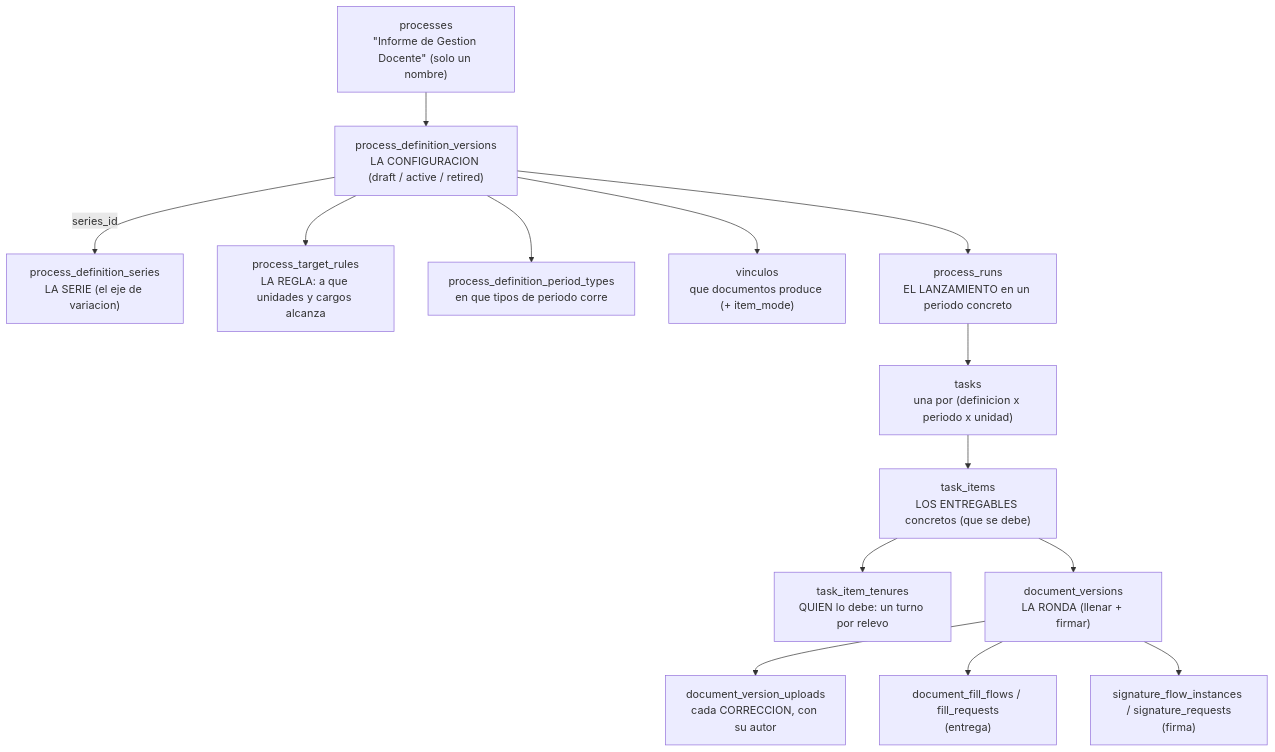
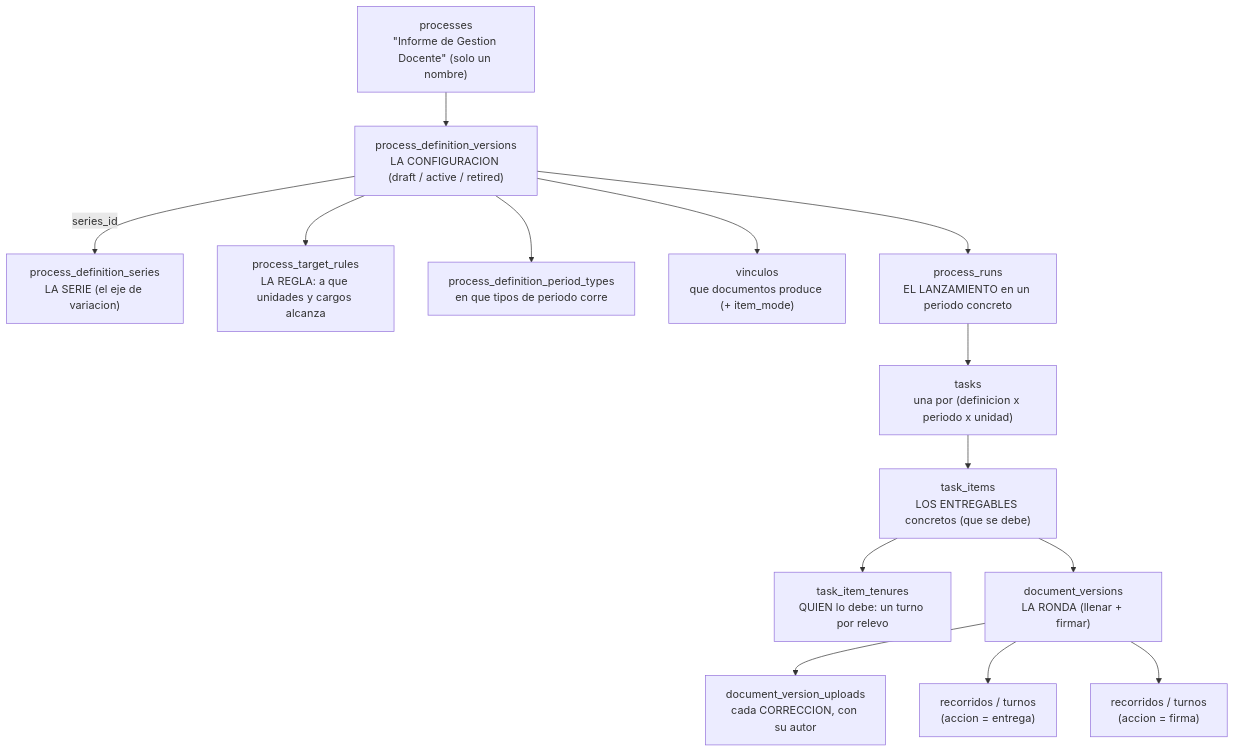
The diagram in docs/src/content/docs/datos/motor-de-procesos.md (fresvel/deasy), drawn with Mermaid before and after one commit. The commit also changed 71 other files, not shown here.

````diff
--- a/docs/src/content/docs/datos/motor-de-procesos.md
+++ b/docs/src/content/docs/datos/motor-de-procesos.md
@@ -11,32 +11,32 @@
 ```mermaid
 %% diagrama 08 — el motor de procesos, de la definicion al documento entregado y firmado
 flowchart TD
     PROC["processes<br/>#quot;Informe de Gestion Docente#quot; (solo un nombre)"]
     PDV["process_definition_versions<br/>LA CONFIGURACION (draft / active / retired)"]
     PDS["process_definition_series<br/>LA SERIE (el eje de variacion)"]
     PTR["process_target_rules<br/>LA REGLA: a que unidades y cargos alcanza"]
     PDPT["process_definition_period_types<br/>en que tipos de periodo corre"]
     PDT["vinculos<br/>que documentos produce (+ item_mode)"]
     RUNS["process_runs<br/>EL LANZAMIENTO en un periodo concreto"]
     TSK["tasks<br/>una por (definicion x periodo x unidad)"]
     ITM["task_items<br/>LOS ENTREGABLES concretos (que se debe)"]
     TEN["task_item_tenures<br/>QUIEN lo debe: un turno por relevo"]
     DVER["document_versions<br/>LA RONDA (llenar + firmar)"]
     DVU["document_version_uploads<br/>cada CORRECCION, con su autor"]
-    FILL["document_fill_flows / fill_requests<br/>(entrega)"]
-    SIG["signature_flow_instances / signature_requests<br/>(firma)"]
+    FILL["recorridos / turnos<br/>(accion = entrega)"]
+    SIG["recorridos / turnos<br/>(accion = firma)"]
 
     PROC --> PDV
     PDV -->|"series_id"| PDS
     PDV --> PTR
     PDV --> PDPT
     PDV --> PDT
     PDV --> RUNS
     RUNS --> TSK
     TSK --> ITM
     ITM --> TEN
     ITM --> DVER
     DVER --> DVU
     DVER --> FILL
     DVER --> SIG
 ```
````
